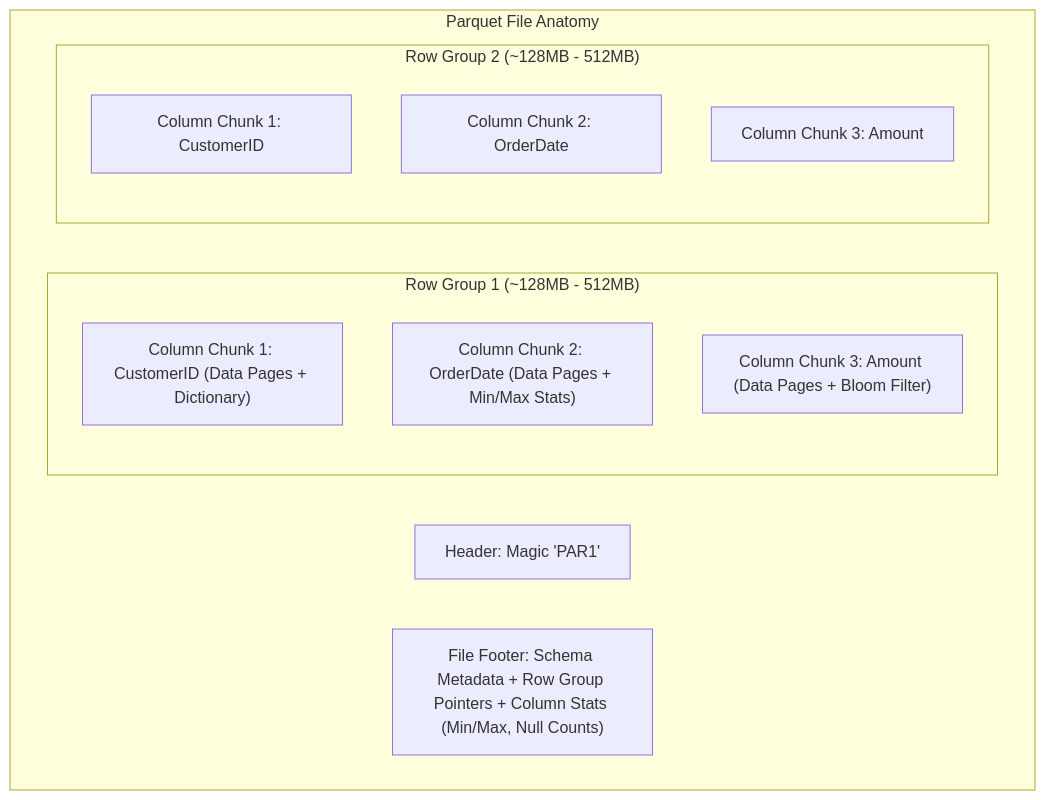
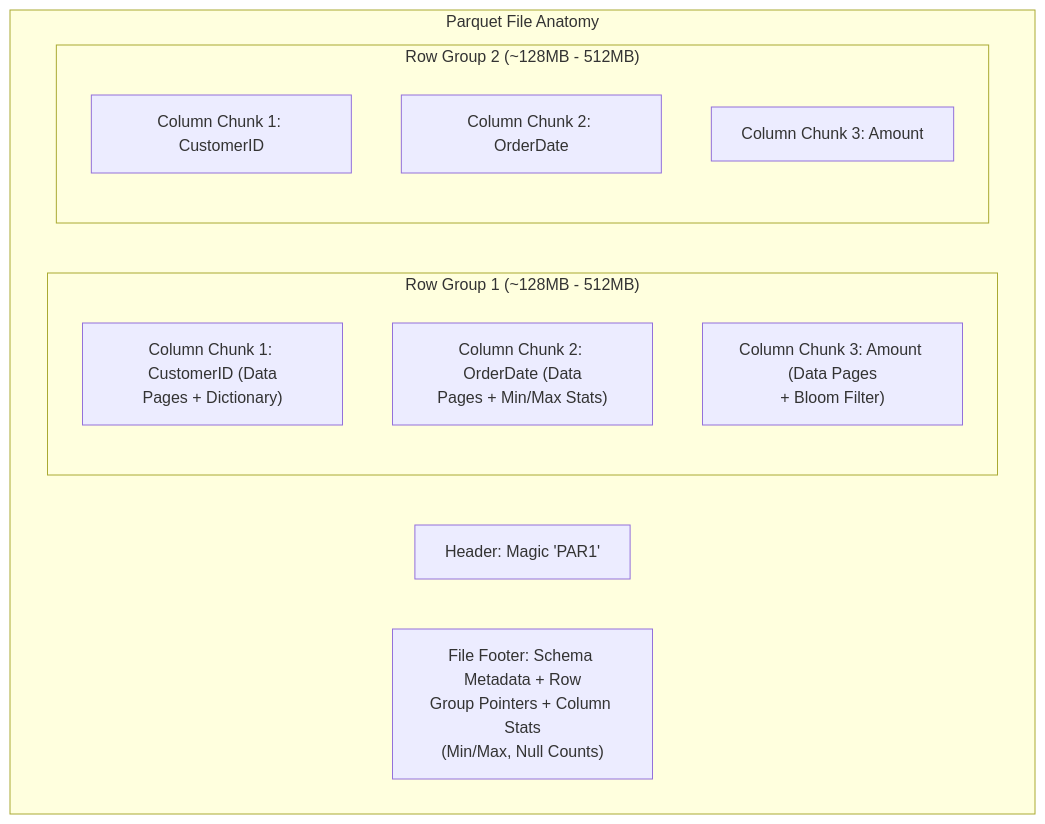
One commit to santoshjammi29/sql-handbook changed the second of 3 diagrams in architectures/03_storage_engines_row_columnar_and_lakehouse.md. Above: the diagram before and after it, drawn with Mermaid. The commit also changed other lines of this file and 17 other files, not shown here.

Commit message:
fix(diagrams): word-wrap labels and escape comparison operators across all diagrams

````diff
--- a/architectures/03_storage_engines_row_columnar_and_lakehouse.md
+++ b/architectures/03_storage_engines_row_columnar_and_lakehouse.md
@@ -62,17 +62,17 @@
 ```mermaid
 flowchart TD
     subgraph ParquetFile["Parquet File Anatomy"]
         H["Header: Magic 'PAR1'"]
         subgraph RG1["Row Group 1 (~128MB - 512MB)"]
-            CC1["Column Chunk 1: CustomerID (Data Pages + Dictionary)"]
-            CC2["Column Chunk 2: OrderDate (Data Pages + Min/Max Stats)"]
-            CC3["Column Chunk 3: Amount (Data Pages + Bloom Filter)"]
+            CC1["Column Chunk 1: CustomerID (Data<br/>Pages + Dictionary)"]
+            CC2["Column Chunk 2: OrderDate (Data<br/>Pages + Min/Max Stats)"]
+            CC3["Column Chunk 3: Amount (Data Pages<br/>+ Bloom Filter)"]
         end
         subgraph RG2["Row Group 2 (~128MB - 512MB)"]
             CC4["Column Chunk 1: CustomerID"]
             CC5["Column Chunk 2: OrderDate"]
             CC6["Column Chunk 3: Amount"]
         end
-        Footer["File Footer: Schema Metadata + Row Group Pointers + Column Stats (Min/Max, Null Counts)"]
+        Footer["File Footer: Schema Metadata + Row<br/>Group Pointers + Column Stats<br/>(Min/Max, Null Counts)"]
     end
 ```
````
